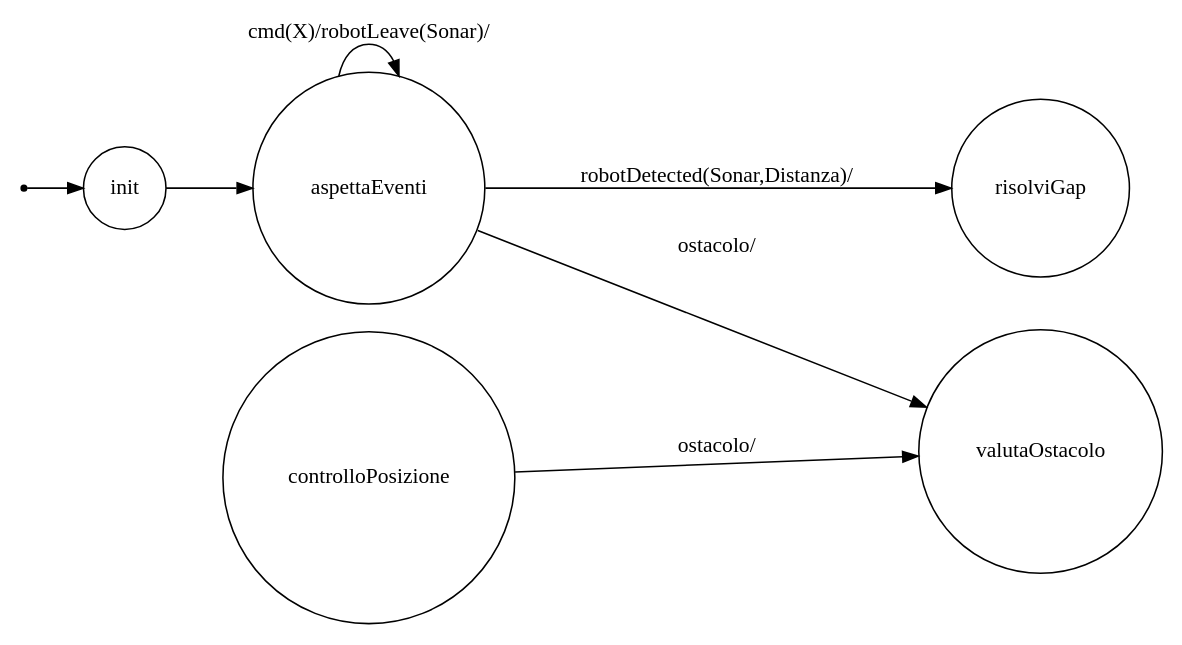
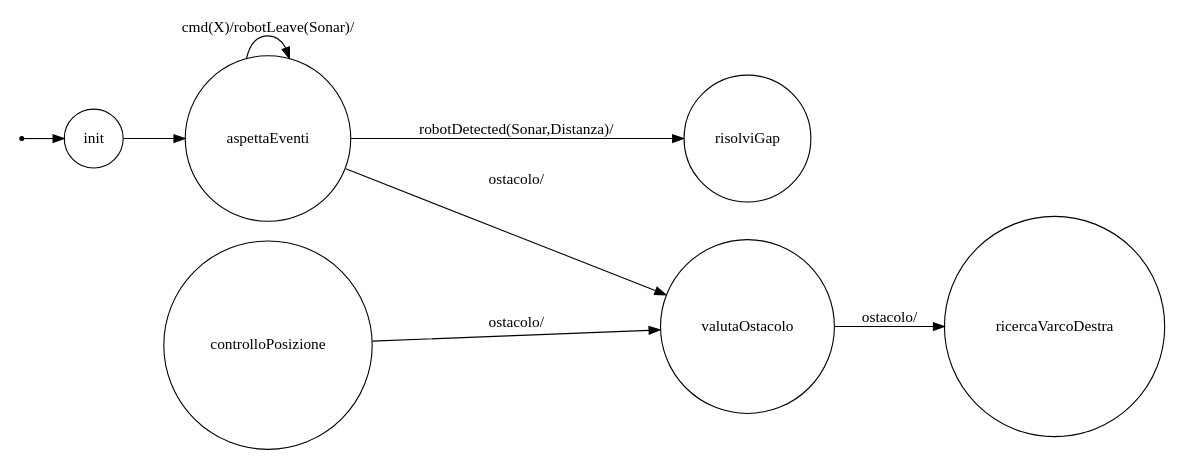
Before and after one commit to sabbio93/QRobotEvitaMuri: the diagram in Model6/srcMore/it/unibo/robotmind/dotFsm.gv, drawn with Graphviz. The commit also changed 58 other files, not shown here.

```diff
--- a/Model6/srcMore/it/unibo/robotmind/dotFsm.gv
+++ b/Model6/srcMore/it/unibo/robotmind/dotFsm.gv
@@ -1,26 +1,28 @@
 /*
 *
 * A GraphViz DOT FSM description 
 * Please use a GraphViz visualizer (like http://www.webgraphviz.com)
 * 
 * Generated by AM,NC,RM
 *  
 */
  
 digraph finite_state_machine {
   	rankdir=LR;
   	size="8,5"
   	node [shape = point]; iniziale;
   	node [shape = doublecircle]; 
   	node [shape = circle];
   	iniziale -> init [label = ""];
   	
   	
   	init -> aspettaEventi [ label = ""];
   	
   	aspettaEventi -> aspettaEventi [ label = "cmd(X)/robotLeave(Sonar)/"];
   	aspettaEventi -> risolviGap [ label = "robotDetected(Sonar,Distanza)/"];
   	aspettaEventi -> valutaOstacolo [ label = "ostacolo/"];
   	
   	controlloPosizione -> valutaOstacolo [ label = "ostacolo/"];
+  	
+  	valutaOstacolo -> ricercaVarcoDestra [ label = "ostacolo/"];
 }
```
